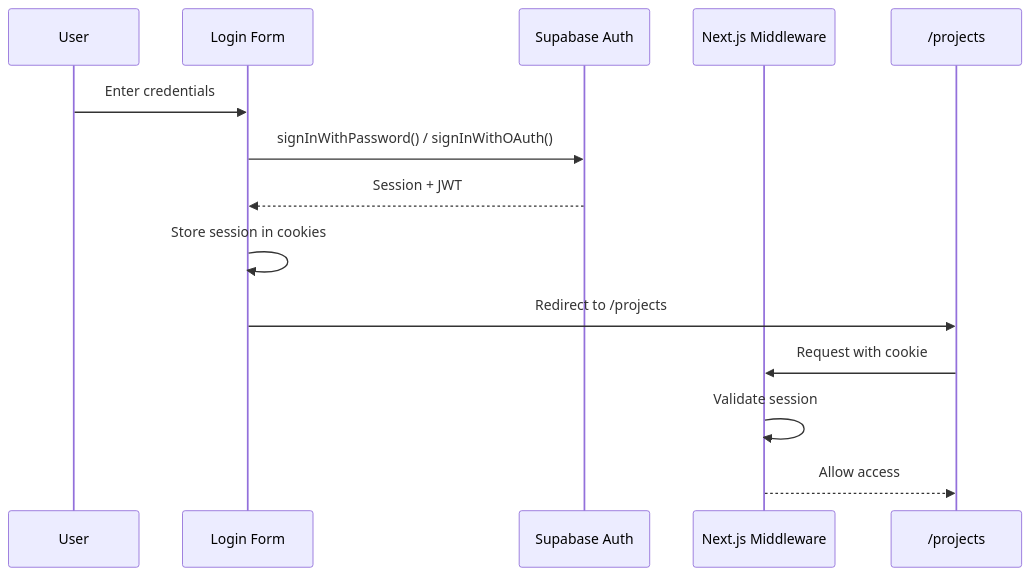
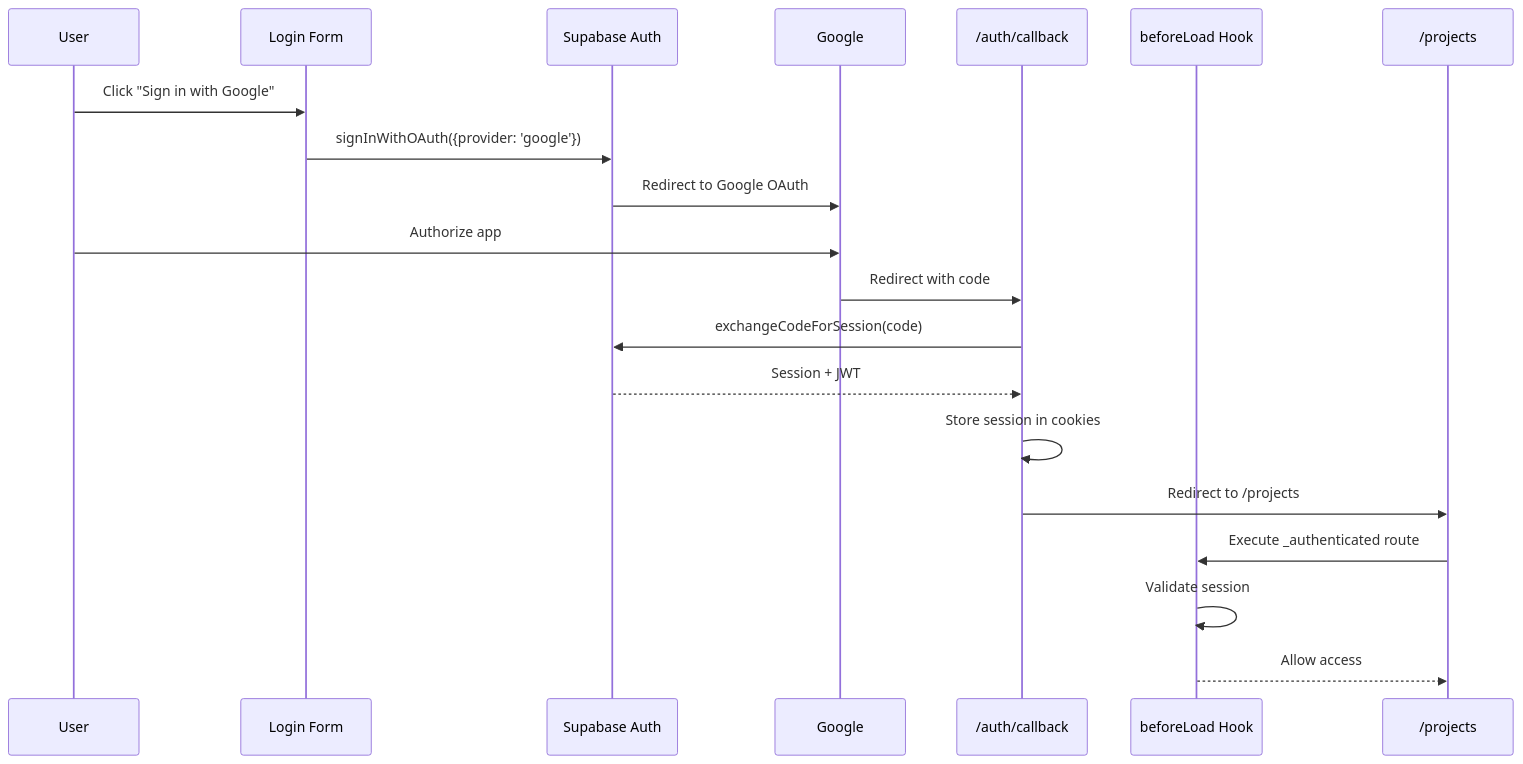
One commit to haowjy/meridian changed the first of 3 diagrams in _docs/technical/frontend/auth-implementation.md. Above: the diagram before and after it, drawn with Mermaid. The commit also changed other lines of this file and 129 other files, not shown here.

````diff
--- a/_docs/technical/frontend/auth-implementation.md
+++ b/_docs/technical/frontend/auth-implementation.md
@@ -15,17 +15,23 @@
 ```mermaid
 sequenceDiagram
     participant User
     participant LoginUI as Login Form
     participant Supabase as Supabase Auth
-    participant Middleware as Next.js Middleware
+    participant Google
+    participant Callback as /auth/callback
+    participant beforeLoad as beforeLoad Hook
     participant Projects as /projects
 
-    User->>LoginUI: Enter credentials
-    LoginUI->>Supabase: signInWithPassword() / signInWithOAuth()
-    Supabase-->>LoginUI: Session + JWT
-    LoginUI->>LoginUI: Store session in cookies
-    LoginUI->>Projects: Redirect to /projects
-    Projects->>Middleware: Request with cookie
-    Middleware->>Middleware: Validate session
-    Middleware-->>Projects: Allow access
+    User->>LoginUI: Click "Sign in with Google"
+    LoginUI->>Supabase: signInWithOAuth({provider: 'google'})
+    Supabase->>Google: Redirect to Google OAuth
+    User->>Google: Authorize app
+    Google->>Callback: Redirect with code
+    Callback->>Supabase: exchangeCodeForSession(code)
+    Supabase-->>Callback: Session + JWT
+    Callback->>Callback: Store session in cookies
+    Callback->>Projects: Redirect to /projects
+    Projects->>beforeLoad: Execute _authenticated route
+    beforeLoad->>beforeLoad: Validate session
+    beforeLoad-->>Projects: Allow access
 ```
````
